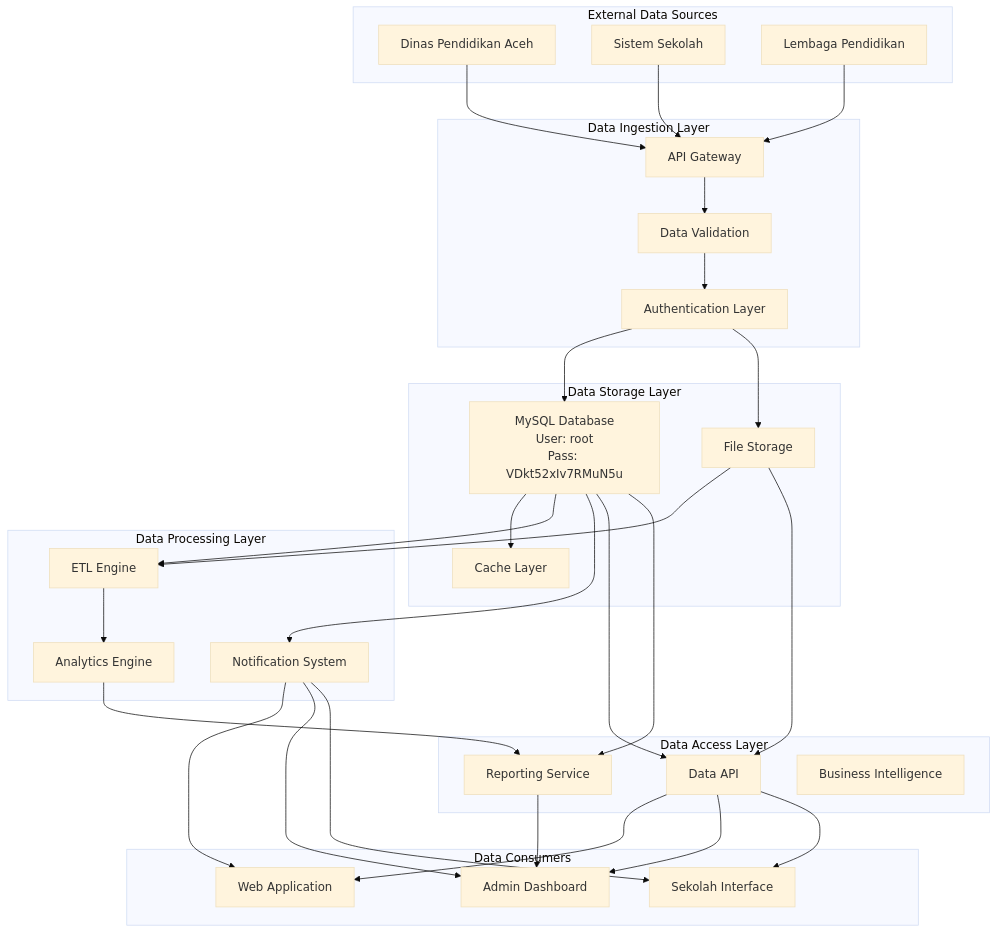
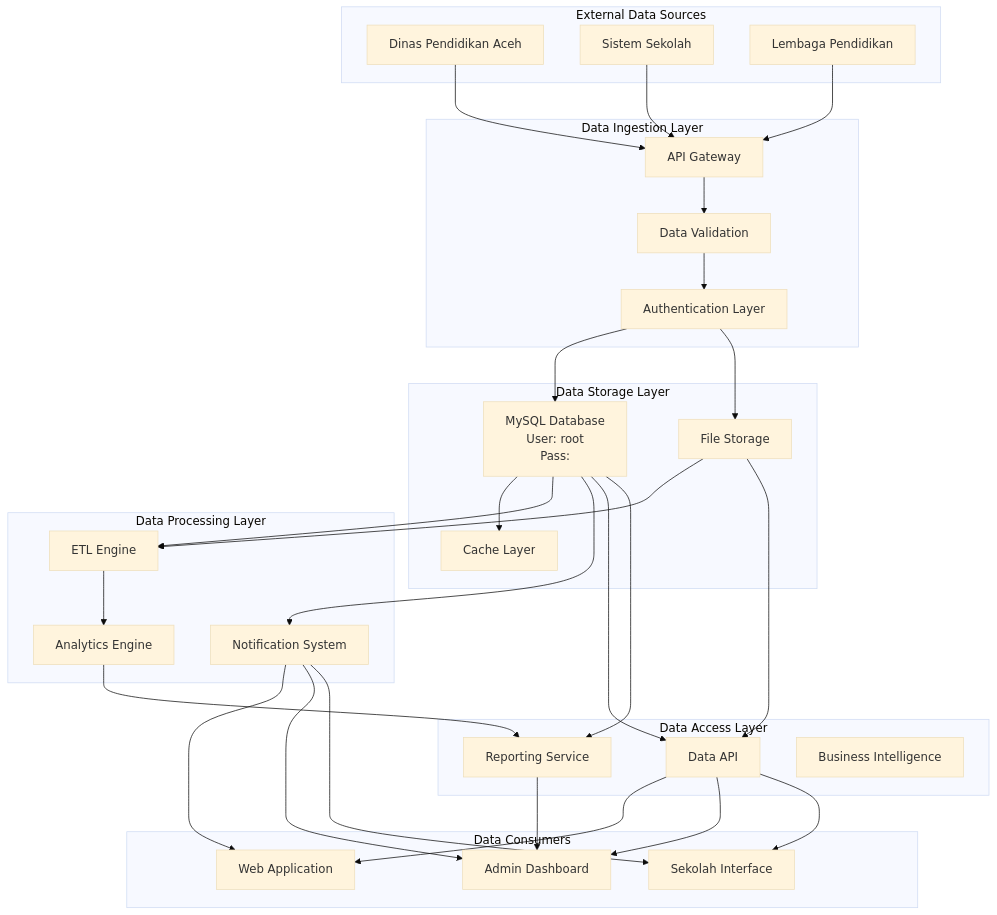
One commit to alibungker/superapp changed the first of 6 diagrams in akks/akks_Data_Architecture_Document(DAD).md. Above: the diagram before and after it, drawn with Mermaid (base theme). The commit also changed other lines of this file, not shown here.

````diff
--- a/akks/akks_Data_Architecture_Document(DAD).md
+++ b/akks/akks_Data_Architecture_Document(DAD).md
@@ -70,62 +70,62 @@
 ```mermaid
 graph TB
     subgraph "External Data Sources"
         A[Dinas Pendidikan Aceh]
         B[Sistem Sekolah]
         C[Lembaga Pendidikan]
     end
     
     subgraph "Data Ingestion Layer"
         D[API Gateway]
         E[Data Validation]
         F[Authentication Layer]
     end
     
     subgraph "Data Storage Layer"
-        G[MySQL Database<br/>User: root<br/>Pass: VDkt52xIv7RMuN5u]
+        G[MySQL Database<br/>User: root<br/>Pass:]
         H[File Storage]
         I[Cache Layer]
     end
     
     subgraph "Data Processing Layer"
         J[ETL Engine]
         K[Analytics Engine]
         L[Notification System]
     end
     
     subgraph "Data Access Layer"
         M[Data API]
         N[Reporting Service]
         O[Business Intelligence]
     end
     
     subgraph "Data Consumers"
         P[Web Application]
         Q[Admin Dashboard]
         R[Sekolah Interface]
     end
     
     A --> D
     B --> D
     C --> D
     D --> E
     E --> F
     F --> G
     F --> H
     G --> I
     G --> J
     H --> J
     J --> K
     G --> L
     G --> M
     H --> M
     K --> N
     G --> N
     M --> P
     M --> Q
     M --> R
     N --> Q
     L --> P
     L --> Q
     L --> R
 ```
````
